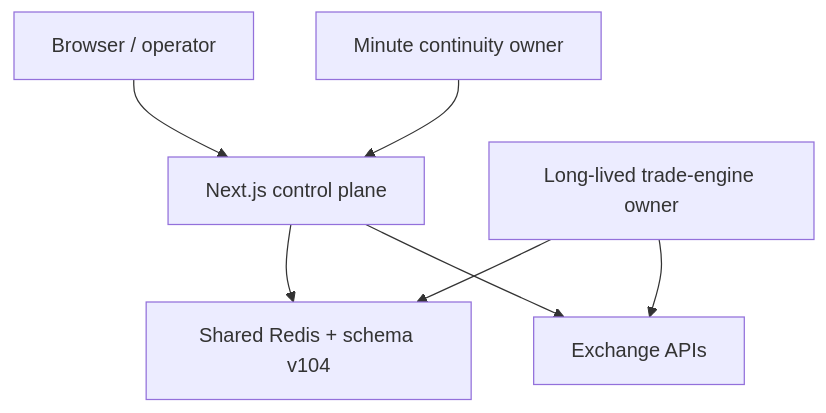
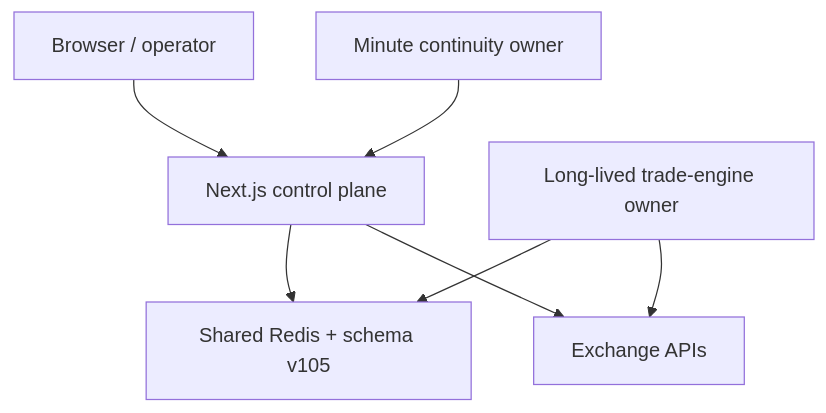
The diagram in docs/recreation/architecture.md (mxssnx-creator/CTS-K-N), drawn with Mermaid before and after one commit. The commit also changed 110 other files, not shown here.

````diff
--- a/docs/recreation/architecture.md
+++ b/docs/recreation/architecture.md
@@ -7,9 +7,9 @@
 ```mermaid
 flowchart TB
   U["Browser / operator"] --> W["Next.js control plane"]
-  W --> R["Shared Redis + schema v104"]
+  W --> R["Shared Redis + schema v105"]
   C["Minute continuity owner"] --> W
   E["Long-lived trade-engine owner"] --> R
   E --> X["Exchange APIs"]
   W --> X
 ```
````
